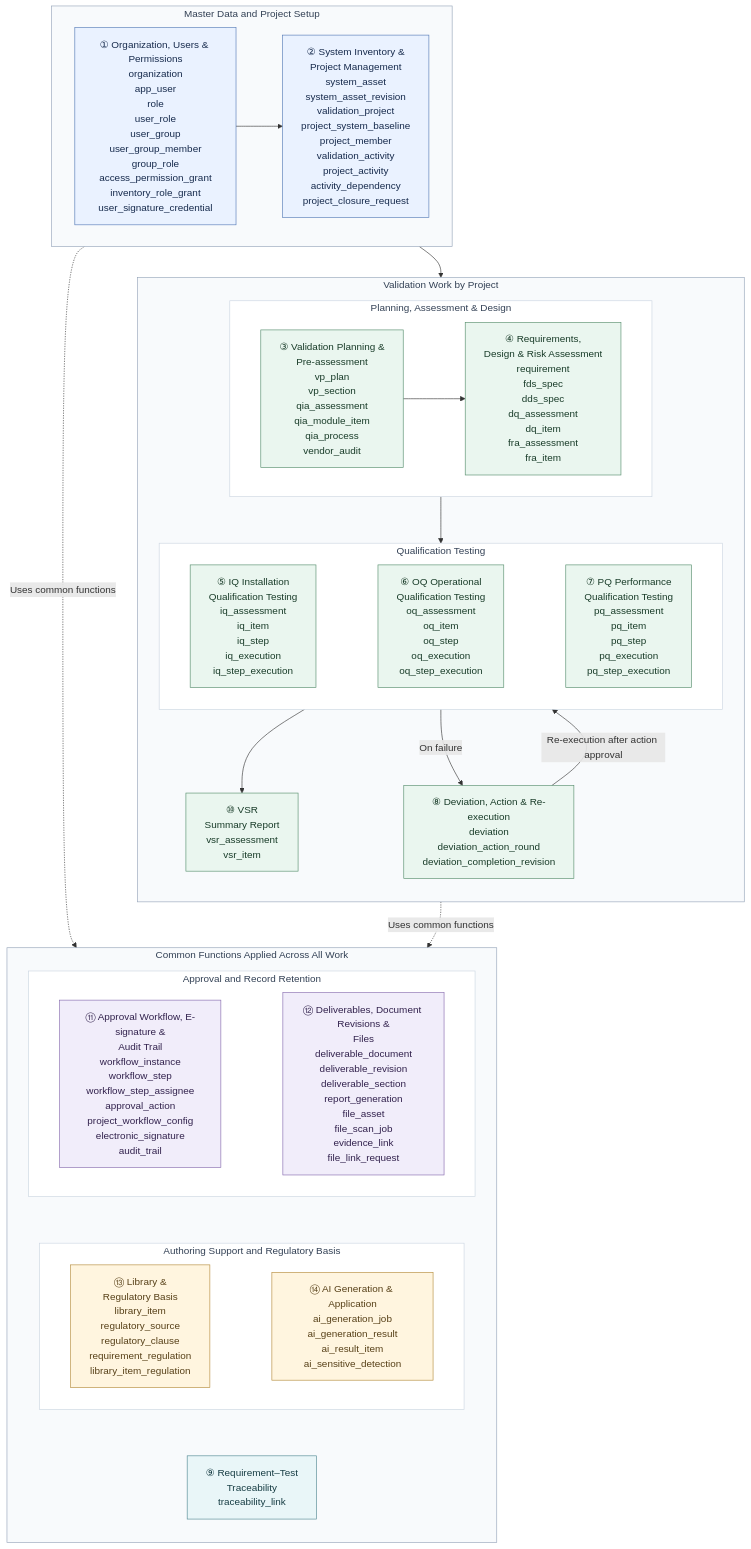
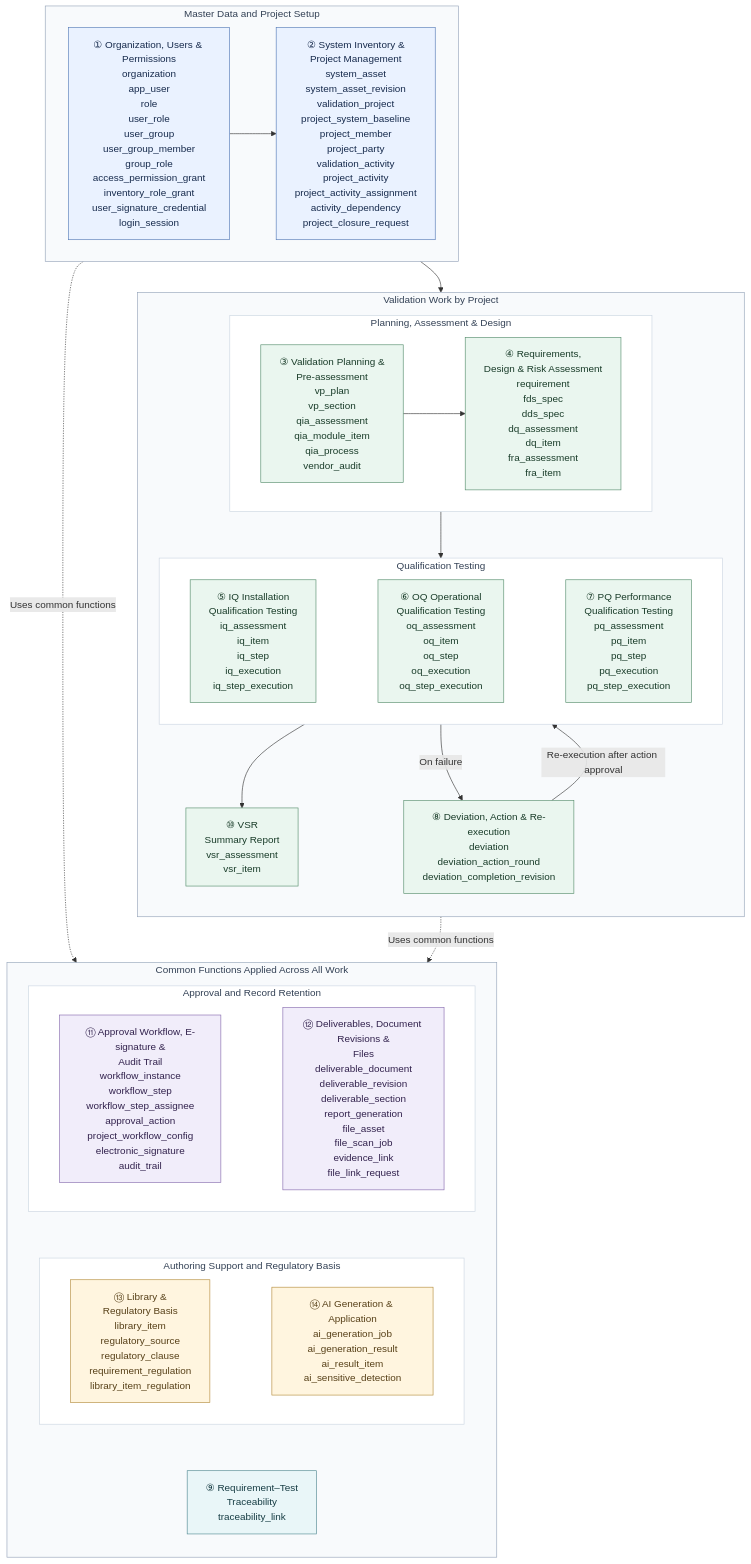
The diagram in docs/erd-overview.md (kmh52826-collab/Enterprise-Knowledge-Base-Design), drawn with Mermaid before and after one commit. The commit also changed other lines of this file, not shown here.

Commit message:
Update table count from 77 to 80 in documentation

```diff
--- a/docs/erd-overview.md
+++ b/docs/erd-overview.md
@@ -22,15 +22,18 @@
 group_role
 access_permission_grant
 inventory_role_grant
-user_signature_credential"]
+user_signature_credential
+login_session"]
         PROJECT["② System Inventory &<br/>Project Management
 system_asset
 system_asset_revision
 validation_project
 project_system_baseline
 project_member
+project_party
 validation_activity
 project_activity
+project_activity_assignment
 activity_dependency
 project_closure_request"]
         SECURITY --> PROJECT
```
